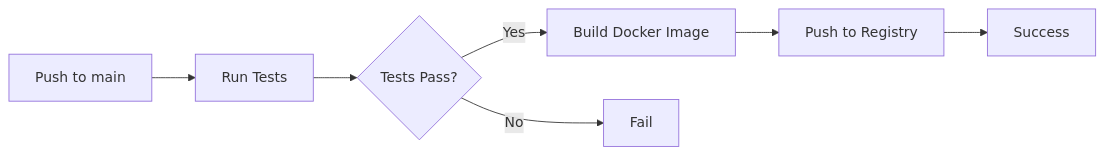
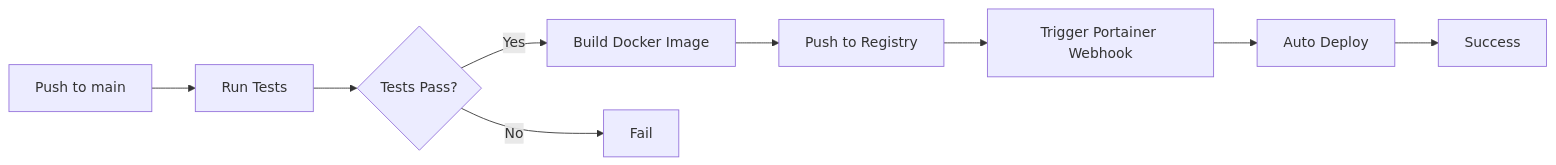
One commit to gdgeek/domain-config-hub changed the diagram in docs/CI_DOCKER_SETUP.md. Above: the diagram before and after it, drawn with Mermaid. The commit also changed other lines of this file and 1 other file, not shown here.

First line of the commit message:
feat: 更新 CI 配置支持 Portainer 自动部署

````diff
--- a/docs/CI_DOCKER_SETUP.md
+++ b/docs/CI_DOCKER_SETUP.md
@@ -65,9 +76,11 @@
 ```mermaid
 graph LR
     A[Push to main] --> B[Run Tests]
     B --> C{Tests Pass?}
     C -->|Yes| D[Build Docker Image]
     C -->|No| E[Fail]
     D --> F[Push to Registry]
-    F --> G[Success]
+    F --> G[Trigger Portainer Webhook]
+    G --> H[Auto Deploy]
+    H --> I[Success]
 ```
````
